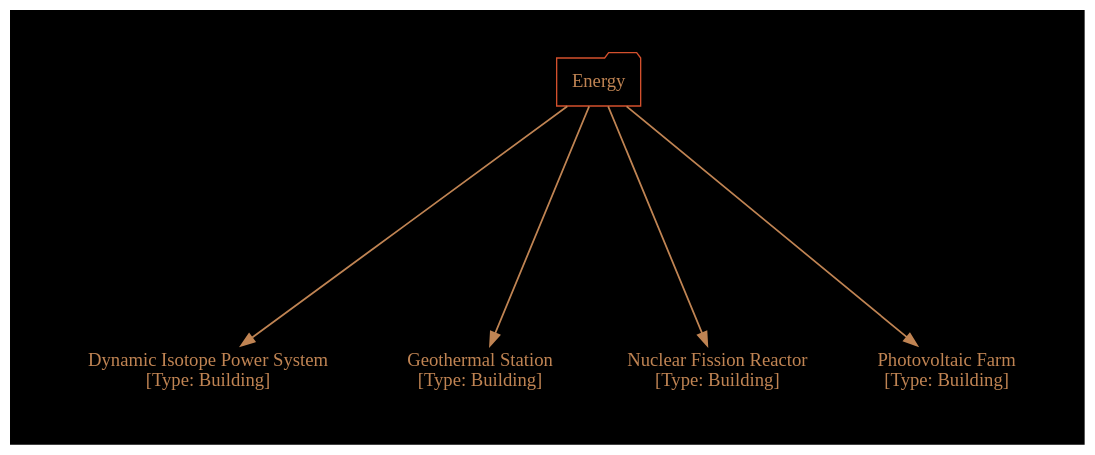
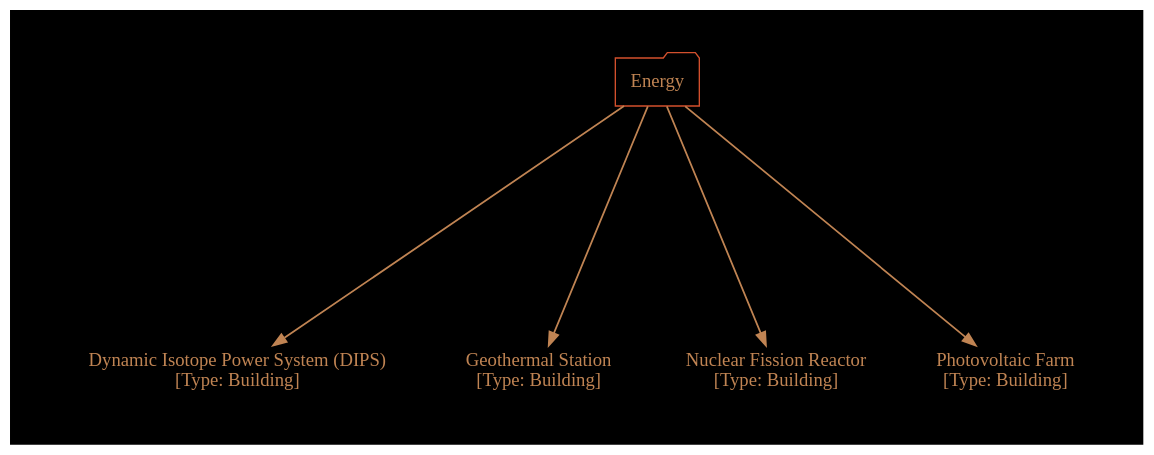
The diagram in Handbook/Source/Game_Mechanics/Diagrams/Units_User_Basic_Energy.twopi.gv (cartesiantheatre/handbook), drawn with Graphviz before and after one commit. The commit also changed 11 other files, not shown here.

```diff
--- a/Handbook/Source/Game_Mechanics/Diagrams/Units_User_Basic_Energy.twopi.gv
+++ b/Handbook/Source/Game_Mechanics/Diagrams/Units_User_Basic_Energy.twopi.gv
@@ -1,47 +1,47 @@
 /*
   This is part of the Avaneya Project Crew Handbook.
   Copyright (C) 2010, 2011, 2012
     Kshatra Corp.
   See the file License for copying conditions.
   
   To manually compile:
       $ sudo aptitude install graphviz
       $ twopi -Tpdf Units_User_Basic_Energy.twopi.gv -o Units_User_Basic_Energy.pdf
 */
 
 digraph Units_User_Basic_Energy
 {
     // Graph attributes...
 	bgcolor="black";
 	margin="0";
 	ratio="auto";
     ranksep="2.5";
     pad="0.5,0.5";
     compound="true";
     overlap="vpsc";
     root="Energy";
 
 	// Node attributes...
 	node[color="#d3502dff"];
 	node[fillcolor="gray10"];
     node[fontcolor="#c08453ff"];
     node[fontname="Ubuntu"];
     node[shape="none"]
 	
 	// Edge attributes...
 	edge[color="#c08453ff"];
 	edge[penwidth="1.3"];
 
     // Units...
-    "Dynamic Isotope Power System"[label="Dynamic Isotope Power System\n[Type: Building]"];
+    "Dynamic Isotope Power System (DIPS)"[label="Dynamic Isotope Power System (DIPS)\n[Type: Building]"];
     "Geothermal Station"[label="Geothermal Station\n[Type: Building]"];
     "Nuclear Fission Reactor"[label="Nuclear Fission Reactor\n[Type: Building]"];
     "Photovoltaic Farm"[label="Photovoltaic Farm\n[Type: Building]"];
 
-    // Relations...
+    // Categorical relations, but not build dependencies...
     "Energy"[shape="folder"];
-        "Energy" -> "Dynamic Isotope Power System";
+        "Energy" -> "Dynamic Isotope Power System (DIPS)";
         "Energy" -> "Geothermal Station";
         "Energy" -> "Nuclear Fission Reactor";
         "Energy" -> "Photovoltaic Farm";
 }
```
